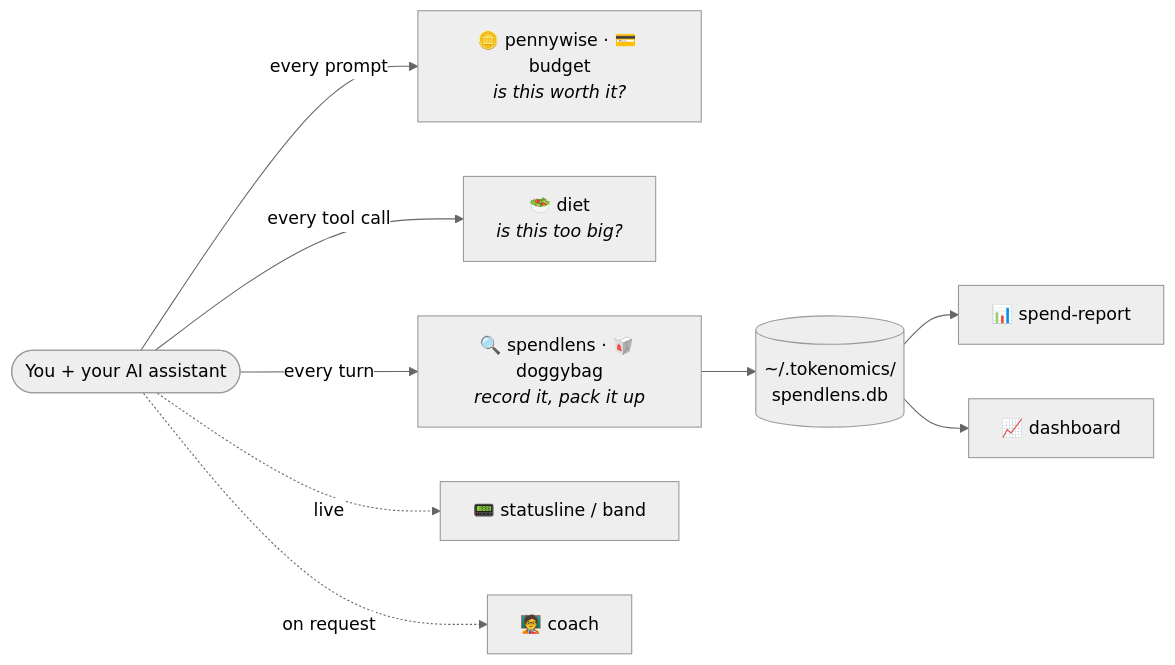
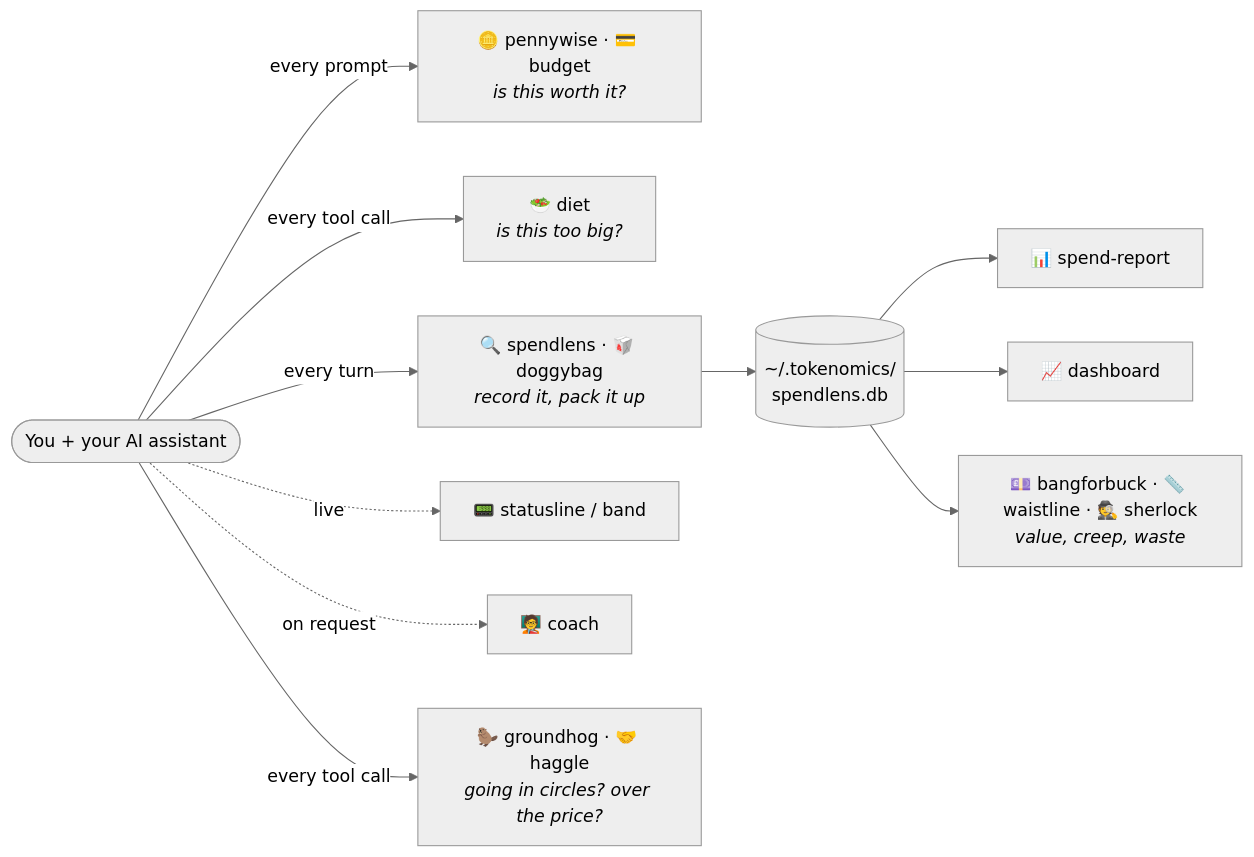
One commit to andrew44/tokenomics changed the diagram in README.md. Above: the diagram before and after it, drawn with Mermaid (neutral theme). The commit also changed other lines of this file and 37 other files, not shown here.

Commit message:
Add seven value, waste and quality helpers (#35)

````diff
--- a/README.md
+++ b/README.md
@@ -200,11 +238,13 @@
 ```mermaid
 flowchart LR
     You(["You + your AI assistant"]) -->|every prompt| G["🪙 pennywise · 💳 budget<br/><i>is this worth it?</i>"]
     You -->|every tool call| D["🥗 diet<br/><i>is this too big?</i>"]
     You -->|every turn| S["🔍 spendlens · 🥡 doggybag<br/><i>record it, pack it up</i>"]
     S --> DB[("~/.tokenomics/<br/>spendlens.db")]
     DB --> R["📊 spend-report"]
     DB --> W["📈 dashboard"]
     You -.->|live| B["📟 statusline / band"]
     You -.->|on request| C["🧑‍🏫 coach"]
+    You -->|every tool call| L["🦫 groundhog · 🤝 haggle<br/><i>going in circles? over the price?</i>"]
+    DB --> V["💷 bangforbuck · 📏 waistline · 🕵️ sherlock<br/><i>value, creep, waste</i>"]
 ```
````
